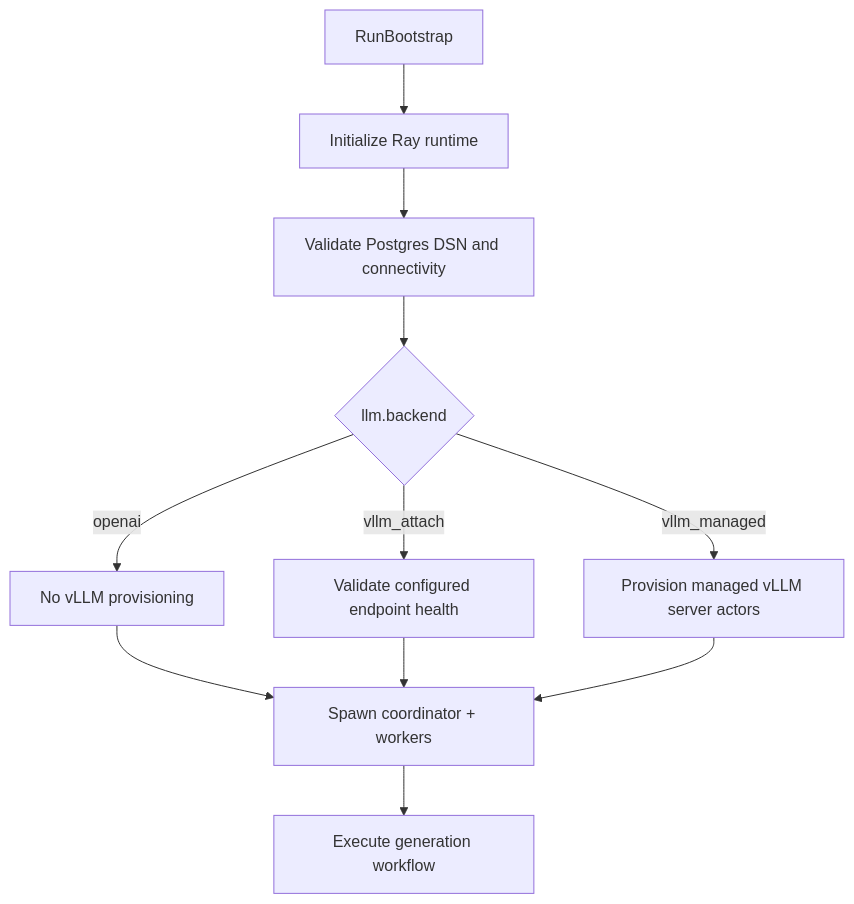
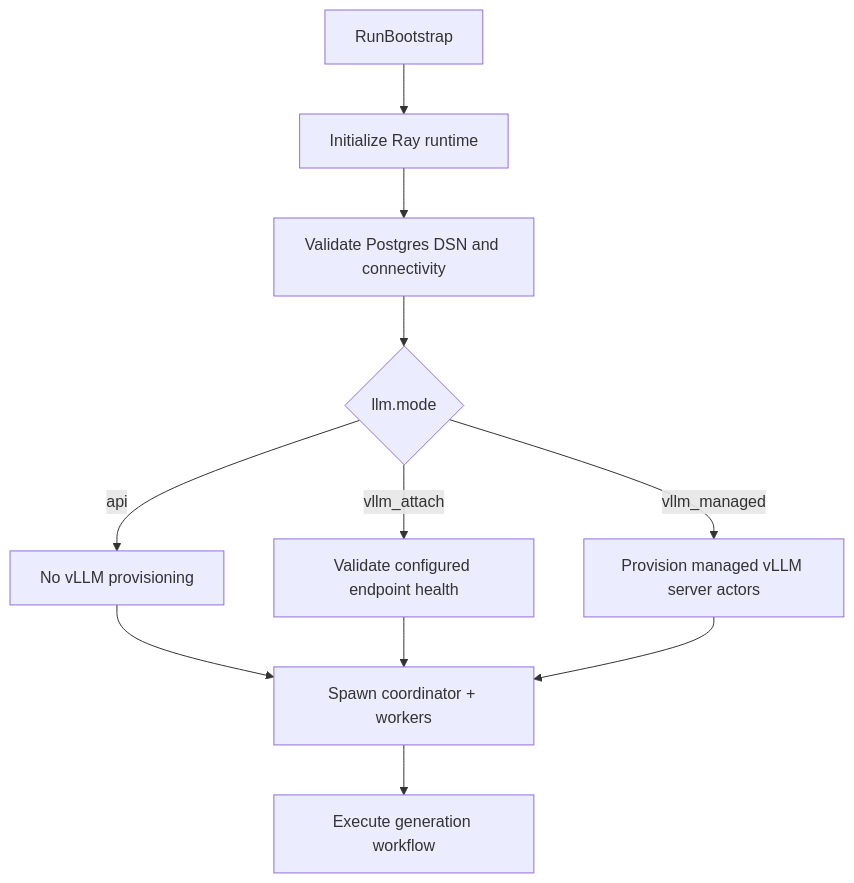
The third of 3 diagrams in docs/ARCHITECTURE.md (MBZUAI-Paris/dialogforge), drawn with Mermaid before and after one commit. The commit also changed other lines of this file and 20 other files, not shown here.

````diff
--- a/docs/ARCHITECTURE.md
+++ b/docs/ARCHITECTURE.md
@@ -34,13 +34,13 @@
 ```mermaid
 flowchart TD
   A["RunBootstrap"] --> B["Initialize Ray runtime"]
   B --> C["Validate Postgres DSN and connectivity"]
-  C --> D{"llm.backend"}
-  D -->|openai| E["No vLLM provisioning"]
+  C --> D{"llm.mode"}
+  D -->|api| E["No vLLM provisioning"]
   D -->|vllm_attach| F["Validate configured endpoint health"]
   D -->|vllm_managed| G["Provision managed vLLM server actors"]
   E --> H["Spawn coordinator + workers"]
   F --> H
   G --> H
   H --> I["Execute generation workflow"]
 ```
````
